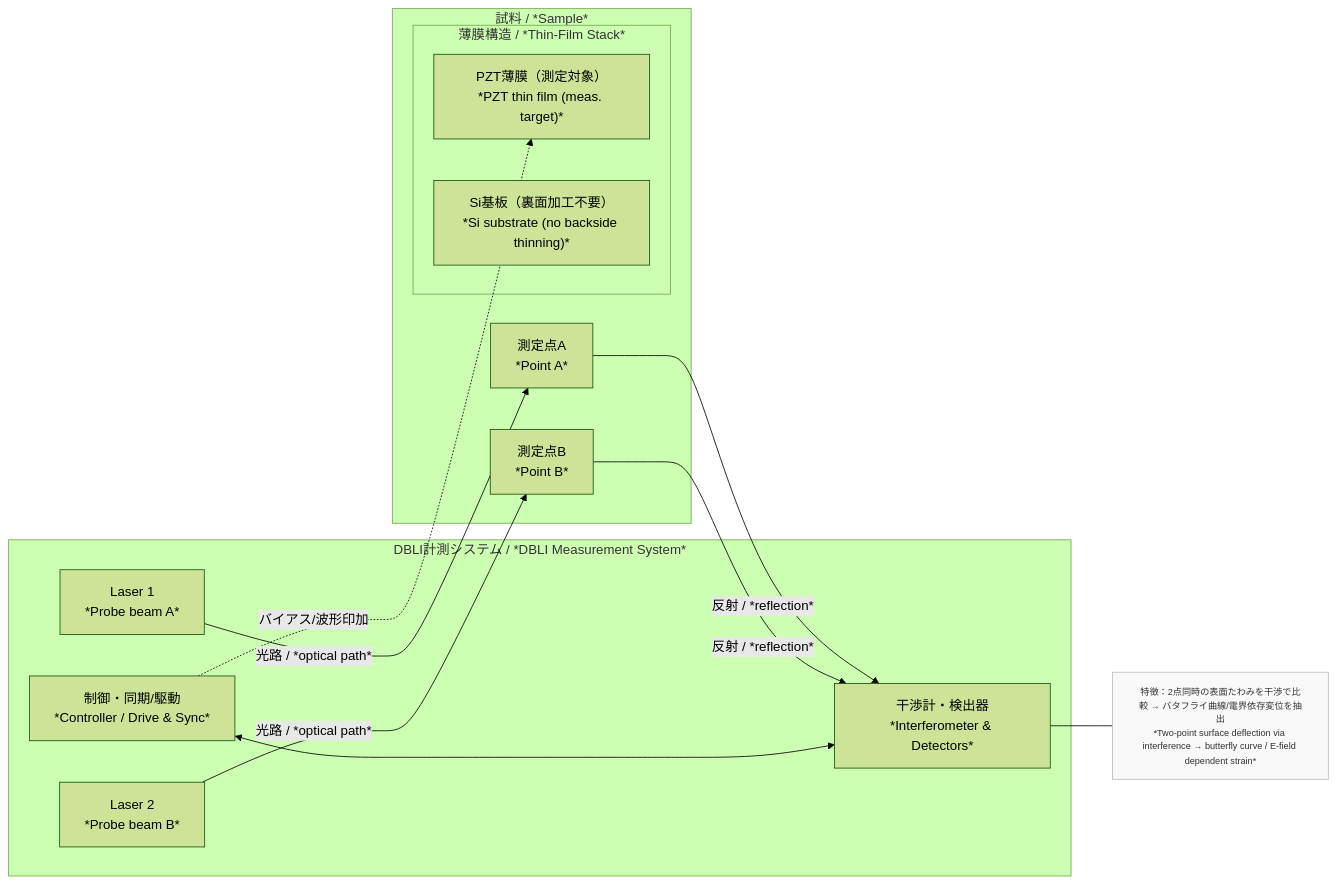
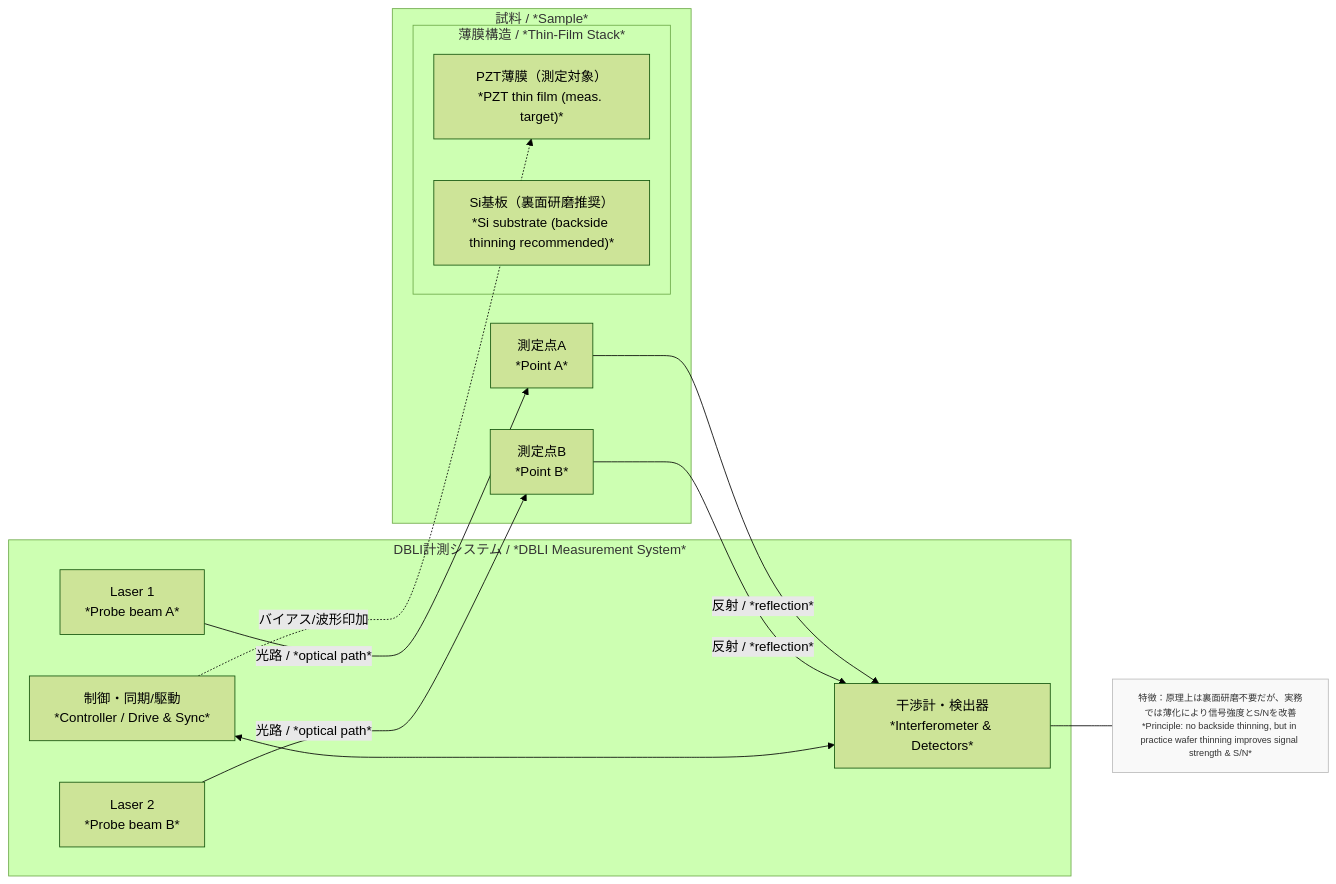
Before and after one commit to Samizo-AITL/Edusemi-v4x: the diagram in d_chapter1_memory_technologies/doc_FeRAM/feram_piezo_evaluation_principles.md, drawn with Mermaid (forest theme). The commit also changed other lines of this file, not shown here.

````diff
--- a/d_chapter1_memory_technologies/doc_FeRAM/feram_piezo_evaluation_principles.md
+++ b/d_chapter1_memory_technologies/doc_FeRAM/feram_piezo_evaluation_principles.md
@@ -69,34 +71,34 @@
 ```mermaid
 flowchart LR
     %% === DBLI (Double Beam Laser Interferometer) Layout ===
     subgraph SYS["DBLI計測システム / *DBLI Measurement System*"]
         L1["Laser 1\n*Probe beam A*"]
         L2["Laser 2\n*Probe beam B*"]
         C["干渉計・検出器\n*Interferometer & Detectors*"]
         CTRL["制御・同期/駆動\n*Controller / Drive & Sync*"]
     end
 
     subgraph SAMPLE["試料 / *Sample*"]
         subgraph STACK["薄膜構造 / *Thin-Film Stack*"]
             FILM["PZT薄膜（測定対象）\n*PZT thin film (meas. target)*"]
-            SUB["Si基板（裏面加工不要）\n*Si substrate (no backside thinning)*"]
+            SUB["Si基板（裏面研磨推奨）\n*Si substrate (backside thinning recommended)*"]
         end
         P1["測定点A\n*Point A*"]
         P2["測定点B\n*Point B*"]
     end
 
     %% Optical paths
     L1 -- 光路 / *optical path* --> P1
     L2 -- 光路 / *optical path* --> P2
     P1 -- 反射 / *reflection* --> C
     P2 -- 反射 / *reflection* --> C
 
     %% Electrical/Control
     CTRL <--> C
     CTRL -. バイアス/波形印加 .-> FILM
 
     %% Notes
     classDef note fill:#f9f9f9,stroke:#bbb,color:#333,font-size:11px;
-    N1["特徴：2点同時の表面たわみを干渉で比較 → バタフライ曲線/電界依存変位を抽出\n*Two-point surface deflection via interference → butterfly curve / E-field dependent strain*"]:::note
+    N1["特徴：原理上は裏面研磨不要だが、実務では薄化により信号強度とS/Nを改善\n*Principle: no backside thinning, but in practice wafer thinning improves signal strength & S/N*"]:::note
     C --- N1
 ```
````
